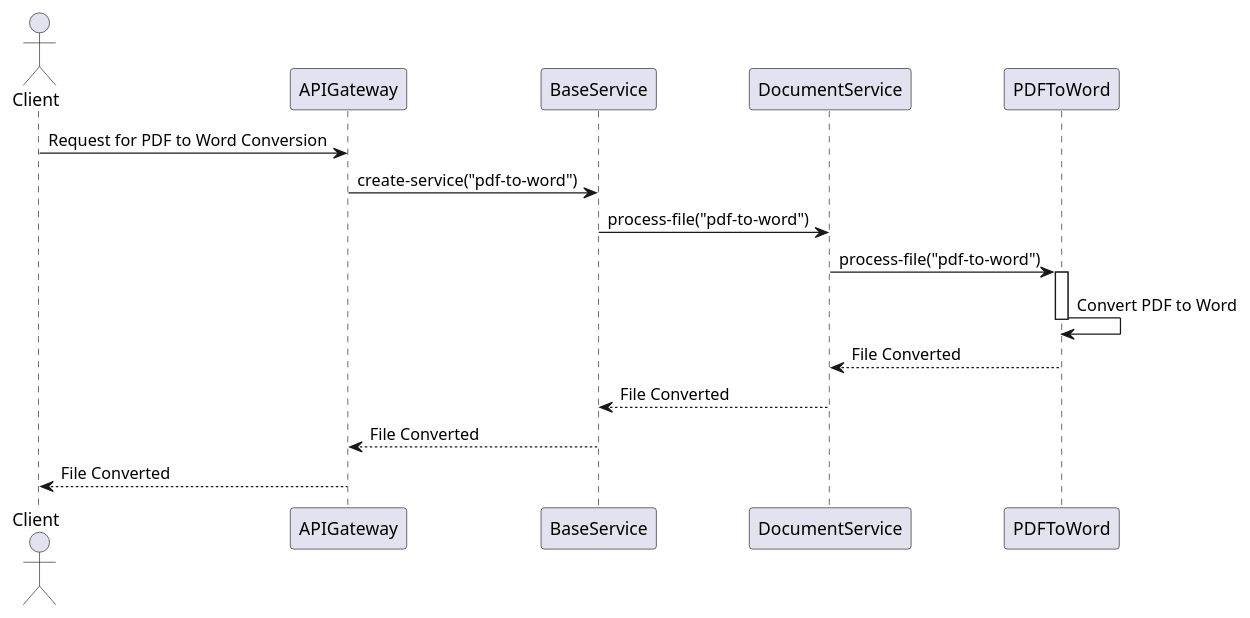
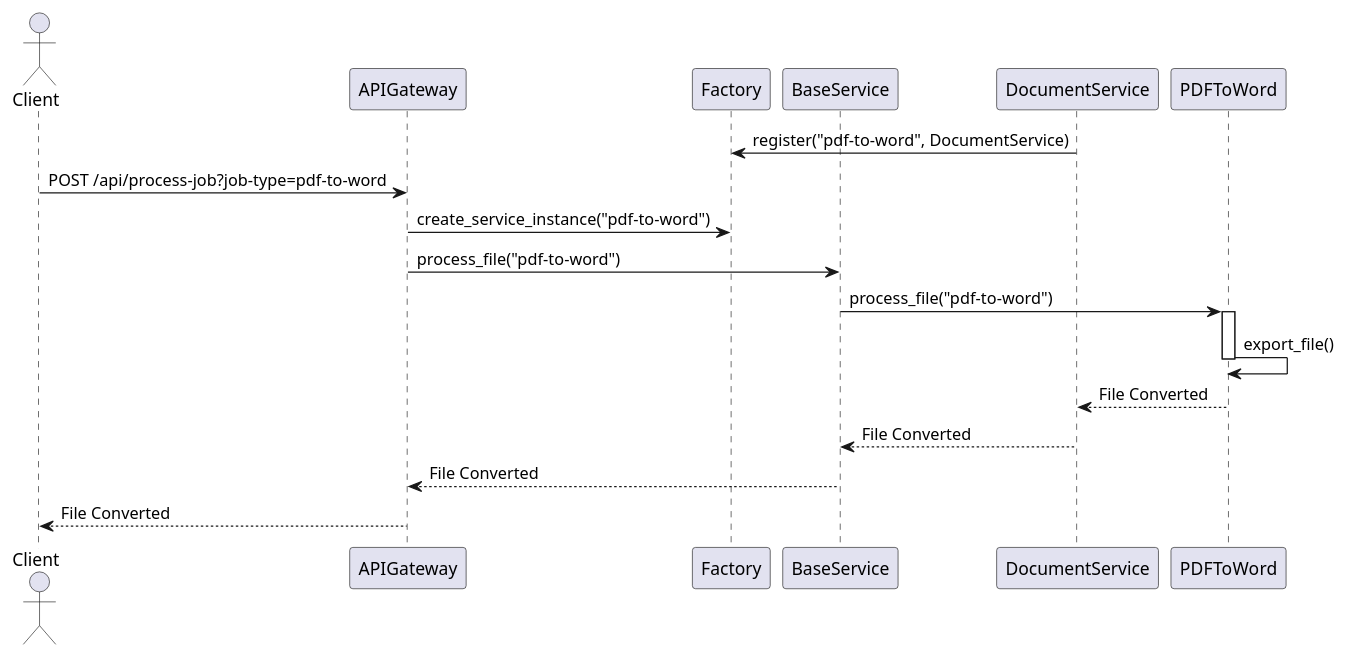
The diagram in docs/diagrams/sequence_diagram.puml (andresacg30/it-services), drawn with PlantUML before and after one commit. The commit also changed 13 other files, not shown here.

Commit message:
initial architecture and modified diagrams

```diff
--- a/docs/diagrams/sequence_diagram.puml
+++ b/docs/diagrams/sequence_diagram.puml
@@ -1,23 +1,25 @@
 @startuml Sequence Diagram - PDF to Word Conversion
 
 actor Client
 participant APIGateway
+participant Factory
 participant BaseService
 participant DocumentService
 participant PDFToWord
 
-Client -> APIGateway: Request for PDF to Word Conversion
-APIGateway -> BaseService: create-service("pdf-to-word")
-BaseService -> DocumentService: process-file("pdf-to-word")
-DocumentService -> PDFToWord: process-file("pdf-to-word")
+DocumentService -> Factory: register("pdf-to-word", DocumentService)
+Client -> APIGateway: POST /api/process-job?job-type=pdf-to-word
+APIGateway -> Factory: create_service_instance("pdf-to-word")
+APIGateway -> BaseService: process_file("pdf-to-word")
+BaseService -> PDFToWord: process_file("pdf-to-word")
 
 activate PDFToWord
-PDFToWord -> PDFToWord: Convert PDF to Word
+PDFToWord -> PDFToWord: export_file()
 deactivate PDFToWord
 
 DocumentService <-- PDFToWord: File Converted
 BaseService <-- DocumentService: File Converted
 APIGateway <-- BaseService: File Converted
 Client <-- APIGateway: File Converted
 
 @enduml
```
